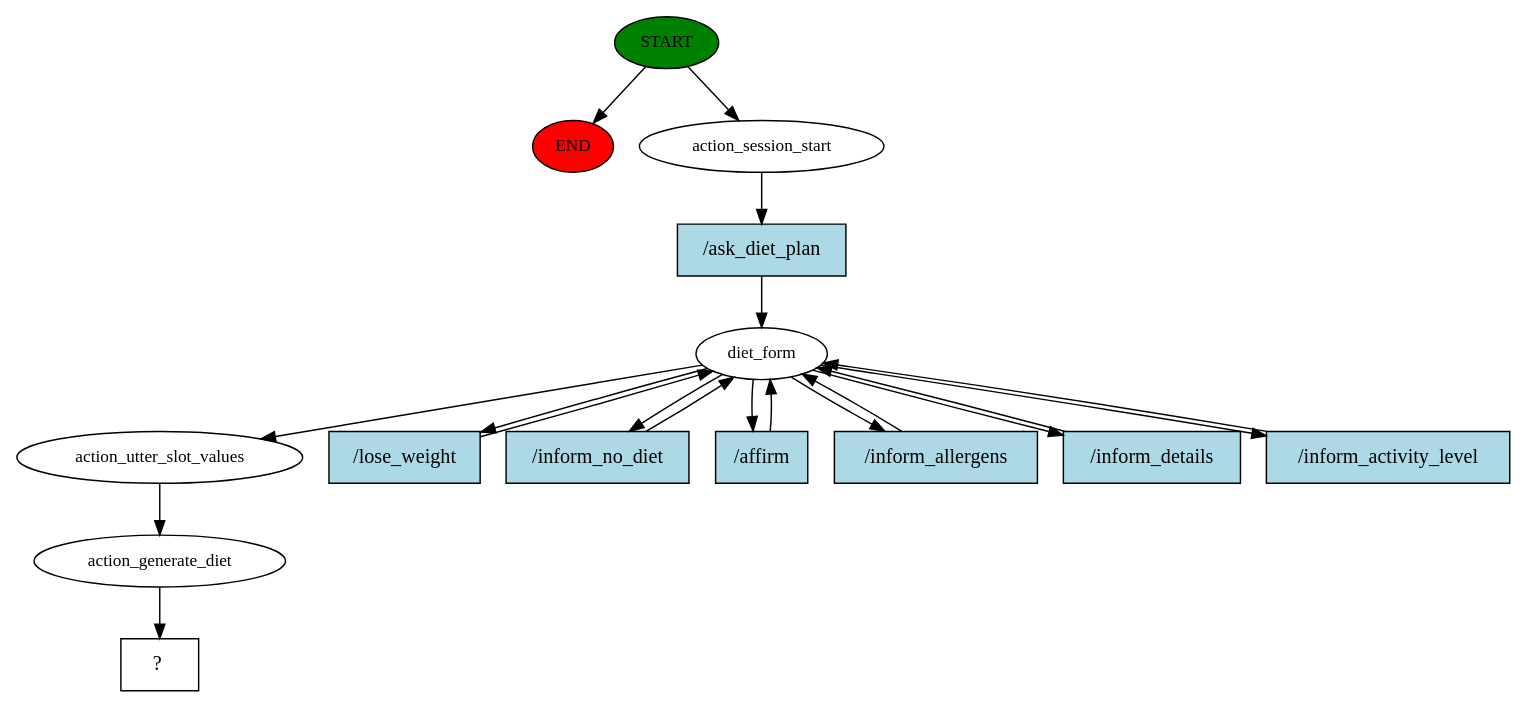
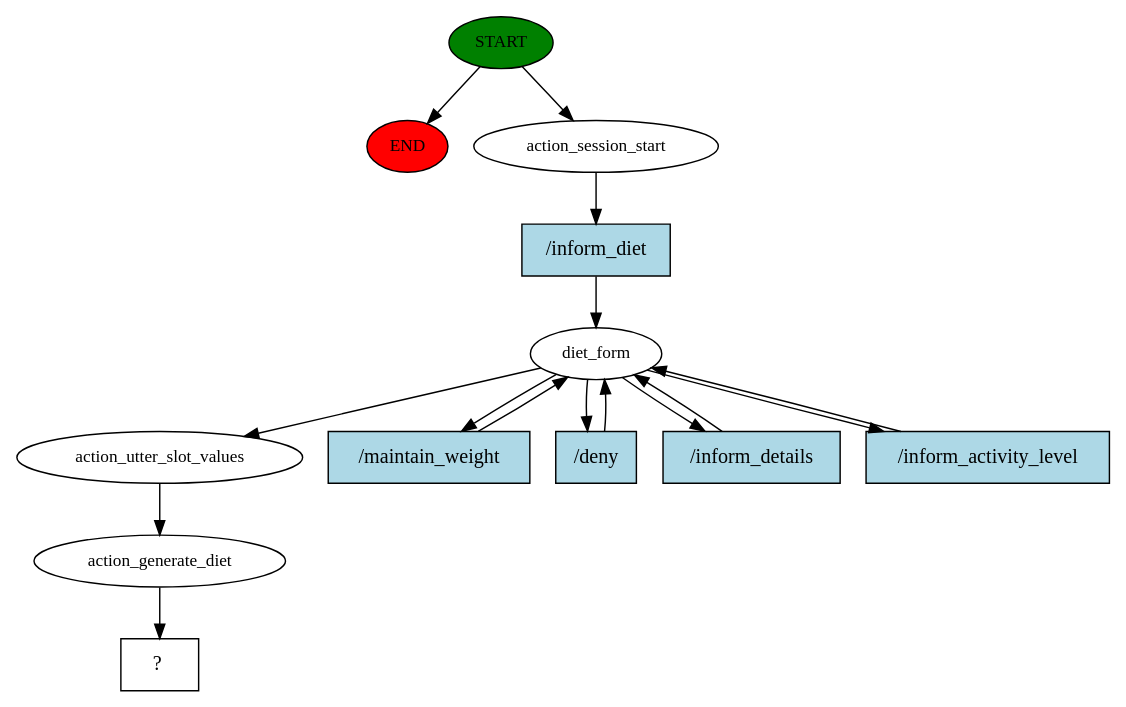
Before and after one commit to v-rowjee/Chatbot-Engine: the diagram in story_graph.dot, drawn with Graphviz. The commit also changed 4 other files, not shown here.

```diff
--- a/story_graph.dot
+++ b/story_graph.dot
@@ -1,35 +1,29 @@
 digraph  {
 0 [class="start active", fillcolor=green, fontsize=12, label=START, style=filled];
 "-1" [class=end, fillcolor=red, fontsize=12, label=END, style=filled];
 1 [class=active, fontsize=12, label=action_session_start];
 2 [class=active, fontsize=12, label=diet_form];
-11 [class=active, fontsize=12, label=action_utter_slot_values];
-12 [class=active, fontsize=12, label=action_generate_diet];
-13 [class="intent dashed active", label="  ?  ", shape=rect];
-14 [class="intent active", fillcolor=lightblue, label="/ask_diet_plan", shape=rect, style=filled];
-15 [class="intent active", fillcolor=lightblue, label="/lose_weight", shape=rect, style=filled];
-16 [class="intent active", fillcolor=lightblue, label="/inform_no_diet", shape=rect, style=filled];
-17 [class="intent active", fillcolor=lightblue, label="/affirm", shape=rect, style=filled];
-18 [class="intent active", fillcolor=lightblue, label="/inform_allergens", shape=rect, style=filled];
-19 [class="intent active", fillcolor=lightblue, label="/inform_details", shape=rect, style=filled];
-20 [class="intent active", fillcolor=lightblue, label="/inform_activity_level", shape=rect, style=filled];
+7 [class=active, fontsize=12, label=action_utter_slot_values];
+8 [class=active, fontsize=12, label=action_generate_diet];
+9 [class="intent dashed active", label="  ?  ", shape=rect];
+10 [class="intent active", fillcolor=lightblue, label="/inform_diet", shape=rect, style=filled];
+11 [class="intent active", fillcolor=lightblue, label="/maintain_weight", shape=rect, style=filled];
+12 [class="intent active", fillcolor=lightblue, label="/deny", shape=rect, style=filled];
+13 [class="intent active", fillcolor=lightblue, label="/inform_details", shape=rect, style=filled];
+14 [class="intent active", fillcolor=lightblue, label="/inform_activity_level", shape=rect, style=filled];
 0 -> "-1"  [class="", key=NONE, label=""];
 0 -> 1  [class=active, key=NONE, label=""];
-1 -> 14  [class=active, key=0];
-2 -> 11  [class=active, key=NONE, label=""];
-2 -> 15  [class=active, key=0];
-2 -> 16  [class=active, key=0];
-2 -> 17  [class=active, key=0];
-2 -> 18  [class=active, key=0];
-2 -> 19  [class=active, key=0];
-2 -> 20  [class=active, key=0];
-11 -> 12  [class=active, key=NONE, label=""];
-12 -> 13  [class=active, key=NONE, label=""];
+1 -> 10  [class=active, key=0];
+2 -> 7  [class=active, key=NONE, label=""];
+2 -> 11  [class=active, key=0];
+2 -> 12  [class=active, key=0];
+2 -> 13  [class=active, key=0];
+2 -> 14  [class=active, key=0];
+7 -> 8  [class=active, key=NONE, label=""];
+8 -> 9  [class=active, key=NONE, label=""];
+10 -> 2  [class=active, key=0];
+11 -> 2  [class=active, key=0];
+12 -> 2  [class=active, key=0];
+13 -> 2  [class=active, key=0];
 14 -> 2  [class=active, key=0];
-15 -> 2  [class=active, key=0];
-16 -> 2  [class=active, key=0];
-17 -> 2  [class=active, key=0];
-18 -> 2  [class=active, key=0];
-19 -> 2  [class=active, key=0];
-20 -> 2  [class=active, key=0];
 }
```
